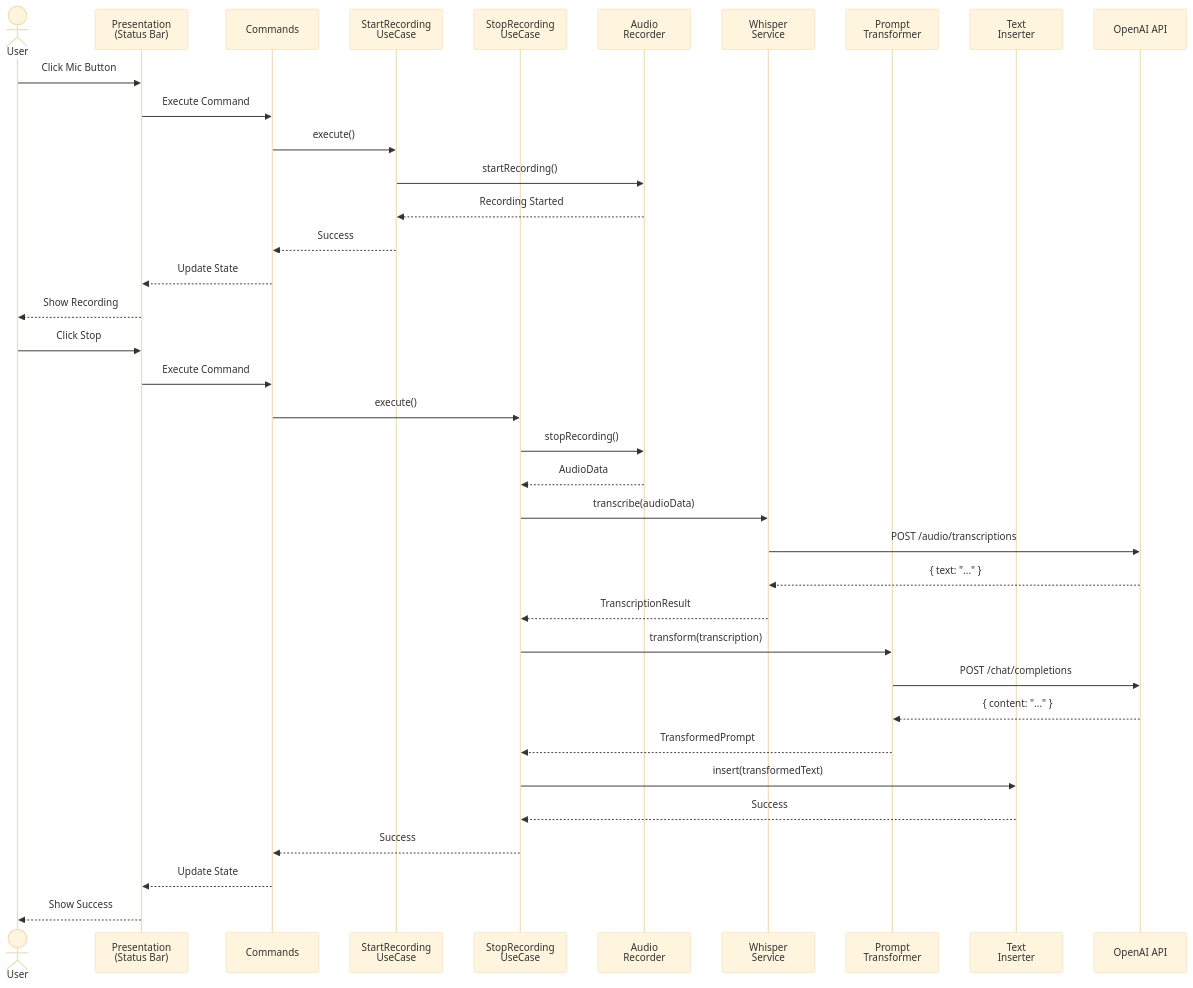
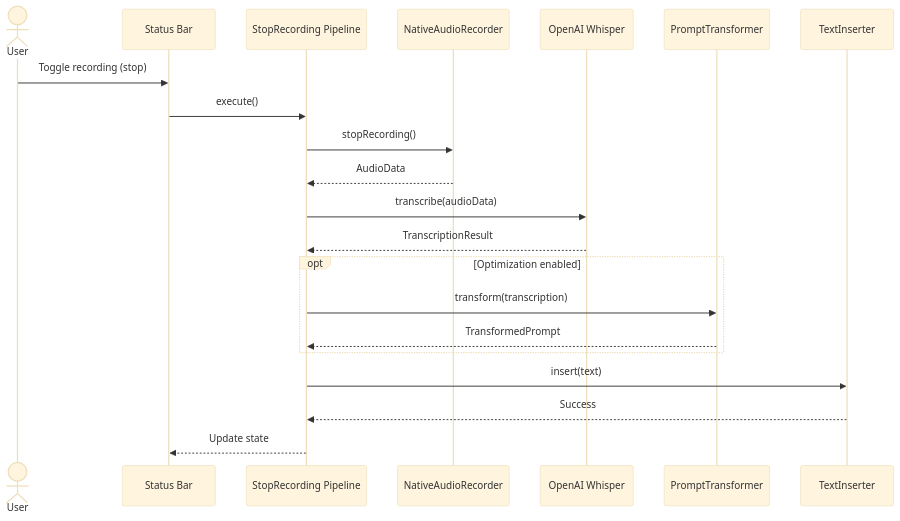
One commit to vypdev/cursor-whisper changed the third of 3 diagrams in docs/architecture/overview.md. Above: the diagram before and after it, drawn with Mermaid (base theme). The commit also changed other lines of this file and 26 other files, not shown here.

````diff
--- a/docs/architecture/overview.md
+++ b/docs/architecture/overview.md
@@ -421,45 +168,24 @@
 ```mermaid
 sequenceDiagram
     actor User
-    participant UI as Presentation<br/>(Status Bar)
-    participant CMD as Commands
-    participant UC1 as StartRecording<br/>UseCase
-    participant UC2 as StopRecording<br/>UseCase
-    participant Audio as Audio<br/>Recorder
-    participant Whisper as Whisper<br/>Service
-    participant GPT as Prompt<br/>Transformer
-    participant Insert as Text<br/>Inserter
-    participant API as OpenAI API
+    participant UI as Status Bar
+    participant UC as StopRecording Pipeline
+    participant Audio as NativeAudioRecorder
+    participant Whisper as OpenAI Whisper
+    participant Transform as PromptTransformer
+    participant Insert as TextInserter
 
-    User->>UI: Click Mic Button
-    UI->>CMD: Execute Command
-    CMD->>UC1: execute()
-    UC1->>Audio: startRecording()
-    Audio-->>UC1: Recording Started
-    UC1-->>CMD: Success
-    CMD-->>UI: Update State
-    UI-->>User: Show Recording
-
-    User->>UI: Click Stop
-    UI->>CMD: Execute Command
-    CMD->>UC2: execute()
-    UC2->>Audio: stopRecording()
-    Audio-->>UC2: AudioData
-    
-    UC2->>Whisper: transcribe(audioData)
-    Whisper->>API: POST /audio/transcriptions
-    API-->>Whisper: { text: "..." }
-    Whisper-->>UC2: TranscriptionResult
-    
-    UC2->>GPT: transform(transcription)
-    GPT->>API: POST /chat/completions
-    API-->>GPT: { content: "..." }
-    GPT-->>UC2: TransformedPrompt
-    
-    UC2->>Insert: insert(transformedText)
-    Insert-->>UC2: Success
-    
-    UC2-->>CMD: Success
-    CMD-->>UI: Update State
-    UI-->>User: Show Success
+    User->>UI: Toggle recording (stop)
+    UI->>UC: execute()
+    UC->>Audio: stopRecording()
+    Audio-->>UC: AudioData
+    UC->>Whisper: transcribe(audioData)
+    Whisper-->>UC: TranscriptionResult
+    opt Optimization enabled
+        UC->>Transform: transform(transcription)
+        Transform-->>UC: TransformedPrompt
+    end
+    UC->>Insert: insert(text)
+    Insert-->>UC: Success
+    UC-->>UI: Update state
 ```
````
